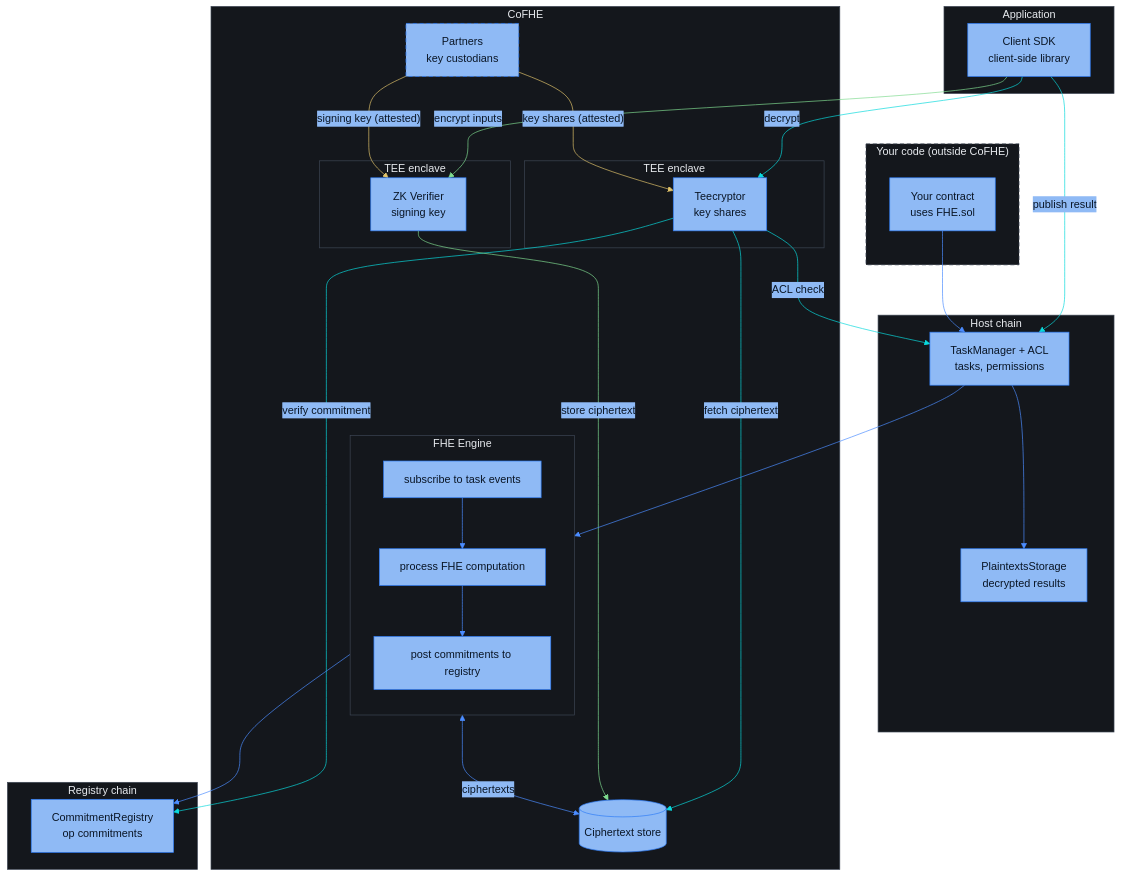
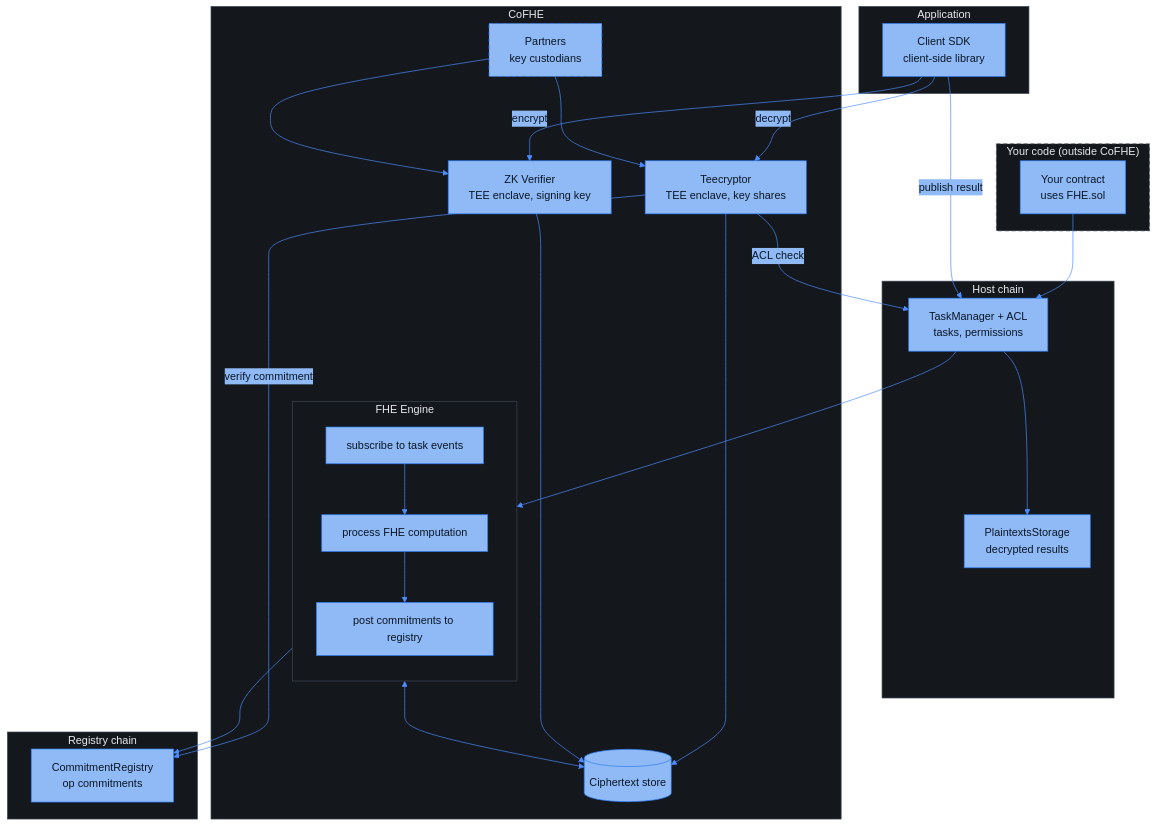
The diagram in deep-dive/cofhe-components/overview.mdx (FhenixProtocol/fhenix-developer-docs), drawn with Mermaid before and after one commit.

Commit message:
[DOCS] cofhe-components/overview: simplify the diagram, drop the color overlay and redundant edge labels

````diff
--- a/deep-dive/cofhe-components/overview.mdx
+++ b/deep-dive/cofhe-components/overview.mdx
@@ -8,57 +8,49 @@
 ```mermaid
 %%{init: {"theme": "base", "themeVariables": {"fontFamily": "Menlo, Monaco, Consolas, monospace", "fontSize": "16px", "primaryColor": "#8FBAF5", "primaryBorderColor": "#2E7CF6", "primaryTextColor": "#0A1626", "lineColor": "#4C8DFF", "signalColor": "#4C8DFF", "signalTextColor": "#8FA3BF", "actorBkg": "#8FBAF5", "actorBorder": "#2E7CF6", "actorTextColor": "#0A1626", "actorLineColor": "#3D4654", "noteBkgColor": "#14171C", "noteBorderColor": "#3D4654", "noteTextColor": "#AFC3DE", "activationBkgColor": "#1E3A5F", "activationBorderColor": "#4C8DFF", "clusterBkg": "#14171C", "clusterBorder": "#3D4654", "titleColor": "#E7EAEE", "edgeLabelBackground": "#8FBAF5", "textColor": "#AFC3DE", "labelTextColor": "#E7EAEE", "tertiaryColor": "#14171C", "loopTextColor": "#AFC3DE", "labelBoxBkgColor": "#1E3A5F", "labelBoxBorderColor": "#4C8DFF"}, "sequence": {"actorFontFamily": "Menlo, Monaco, Consolas, monospace", "messageFontFamily": "Menlo, Monaco, Consolas, monospace", "noteFontFamily": "Menlo, Monaco, Consolas, monospace", "width": 220, "actorFontSize": 16, "messageFontSize": 16, "noteFontSize": 15}}}%%
 flowchart TB
     subgraph Yours["Your code (outside CoFHE)"]
         FHEC["Your contract<br/>uses FHE.sol"]
     end
 
     subgraph App["Application"]
         SDK["Client SDK<br/>client-side library"]
     end
 
     subgraph Host["Host chain"]
         TM["TaskManager + ACL<br/>tasks, permissions"]
         PS["PlaintextsStorage<br/>decrypted results"]
     end
 
     subgraph CoFHE["CoFHE"]
-        subgraph TEEBOX["TEE enclave"]
-            TEE["Teecryptor<br/>key shares"]
-        end
-        subgraph ZKBOX["TEE enclave"]
-            ZK["ZK Verifier<br/>signing key"]
-        end
+        TEE["Teecryptor<br/>TEE enclave, key shares"]
+        ZK["ZK Verifier<br/>TEE enclave, signing key"]
         PRT["Partners<br/>key custodians"]
         CTS[("Ciphertext store")]
         subgraph ENG["FHE Engine"]
             direction TB
             L["subscribe to task events"] --> X["process FHE computation"] --> P["post commitments to registry"]
         end
     end
 
     subgraph Registry["Registry chain"]
         CR["CommitmentRegistry<br/>op commitments"]
     end
 
-    SDK -- "encrypt inputs" --> ZK
+    FHEC --> TM
+    SDK -- "encrypt" --> ZK
     SDK -- "decrypt" --> TEE
     SDK -- "publish result" --> TM
-    FHEC --> TM
     TM --> PS
+    TM --> L
     TEE -- "ACL check" --> TM
-    TEE -- "fetch ciphertext" --> CTS
+    TEE --> CTS
     TEE -- "verify commitment" --> CR
-    ZK -- "store ciphertext" --> CTS
-    ENG <-- "ciphertexts" --> CTS
-    TM --> L
+    ZK --> CTS
+    ENG <--> CTS
     P --> CR
-    PRT -- "key shares (attested)" --> TEE
-    PRT -- "signing key (attested)" --> ZK
-
-    linkStyle 2,10 stroke:#7FDB8F
-    linkStyle 3,4,7,8,9 stroke:#0AD9DC
-    linkStyle 14,15 stroke:#E0C36A
+    PRT --> TEE
+    PRT --> ZK
 
     style Yours stroke-dasharray: 6 4
     style PRT stroke-dasharray: 6 4
 ```
````
